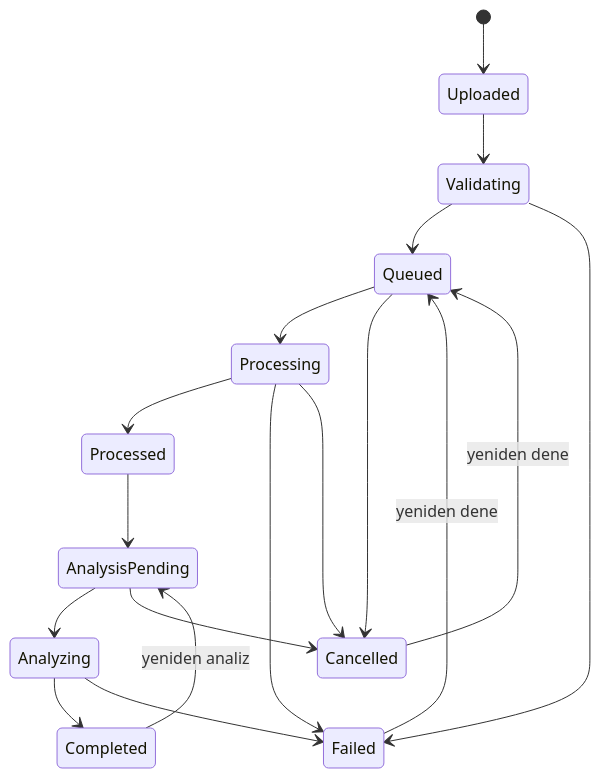
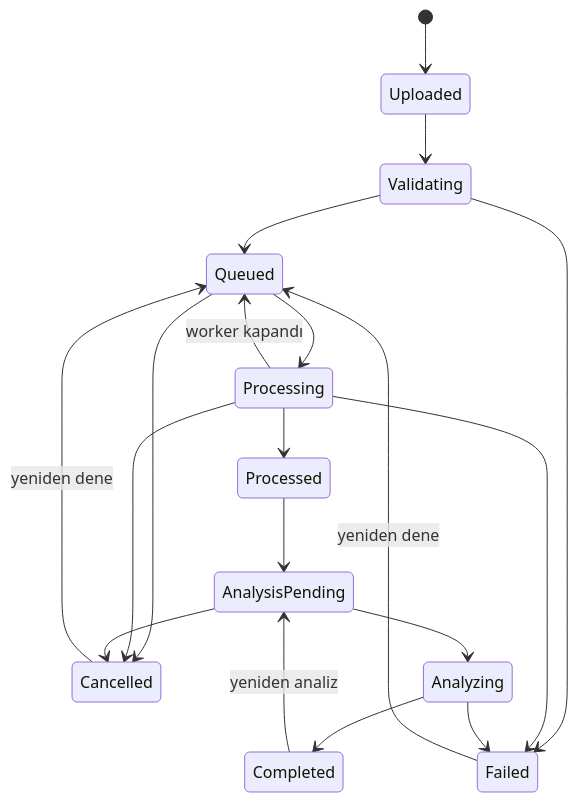
Before and after one commit to mustafaklee/flight-log-analyzer: the third of 3 diagrams in docs/architecture.md, drawn with Mermaid. The commit also changed other lines of this file and 8 other files, not shown here.

````diff
--- a/docs/architecture.md
+++ b/docs/architecture.md
@@ -201,20 +236,21 @@
 ```mermaid
 stateDiagram-v2
     [*] --> Uploaded
     Uploaded --> Validating
     Validating --> Queued
     Validating --> Failed
     Queued --> Processing
     Queued --> Cancelled
     Processing --> Processed
     Processing --> Failed
     Processing --> Cancelled
+    Processing --> Queued: worker kapandı
     Processed --> AnalysisPending
     AnalysisPending --> Analyzing
     AnalysisPending --> Cancelled
     Analyzing --> Completed
     Analyzing --> Failed
     Failed --> Queued: yeniden dene
     Cancelled --> Queued: yeniden dene
     Completed --> AnalysisPending: yeniden analiz
 ```
````
